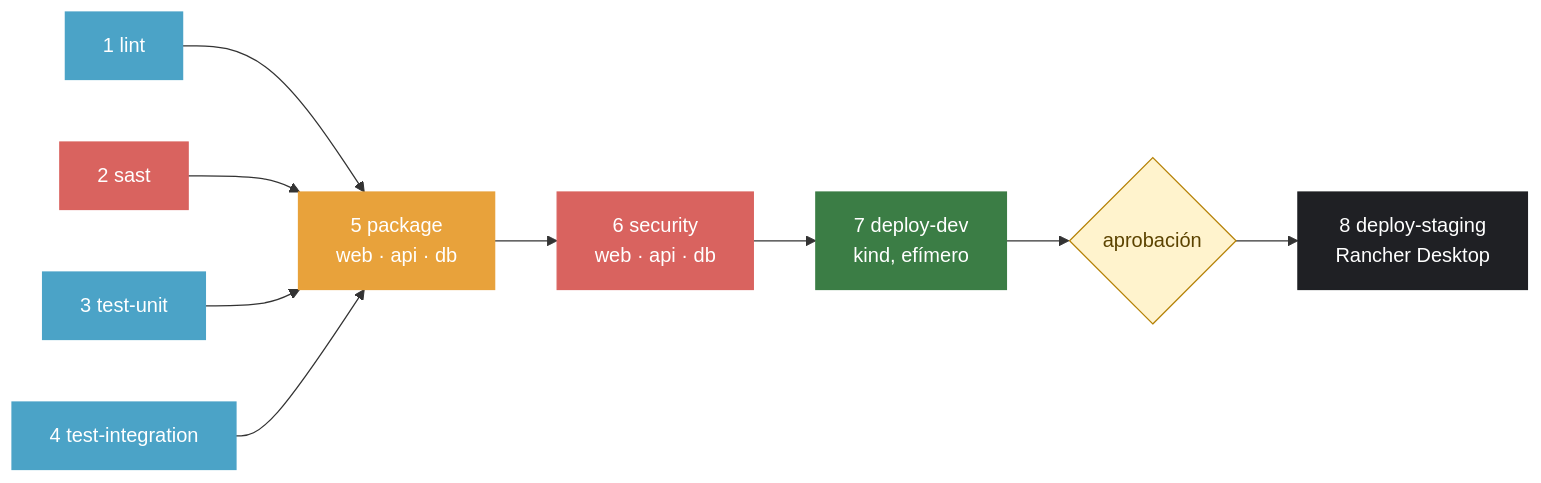
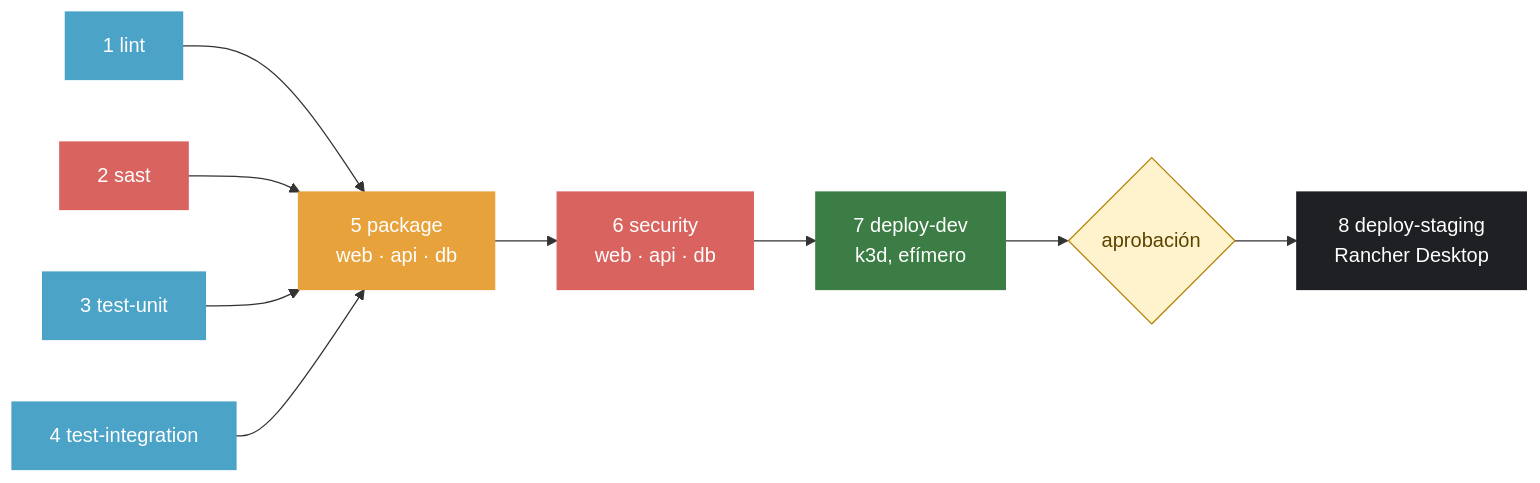
The diagram in README.md (Jesusro-del/demo-cicd), drawn with Mermaid before and after one commit. The commit also changed other lines of this file and 1 other file, not shown here.

Commit message:
B6, segunda ronda: k3d en DEV, caché de capas en Compose, checkout parcial
- deploy-dev: k3d v5.9.0 (binario con checksum) y k3s v1.36.4, la misma
  versión que Rancher Desktop; sin balanceador, traefik ni metrics-server.
- test-integration: las imágenes se construyen con bake reusando la caché
  de capas de package (solo lectura) y compose las levanta sin construir.
- deploy-staging: checkout solo de k8s/ y scripts/ en el runner de Windows.

````diff
--- a/README.md
+++ b/README.md
@@ -11,17 +11,17 @@
 ```mermaid
 flowchart LR
     L["1 lint"] --> P["5 package<br/>web · api · db"]
     S["2 sast"] --> P
     TU["3 test-unit"] --> P
     TI["4 test-integration"] --> P
-    P --> SEC["6 security<br/>web · api · db"] --> DEV["7 deploy-dev<br/>kind, efímero"] --> AP{"aprobación"} --> STG["8 deploy-staging<br/>Rancher Desktop"]
+    P --> SEC["6 security<br/>web · api · db"] --> DEV["7 deploy-dev<br/>k3d, efímero"] --> AP{"aprobación"} --> STG["8 deploy-staging<br/>Rancher Desktop"]
     style L fill:#4ba3c7,stroke:#4ba3c7,color:#fff
     style S fill:#d9635f,stroke:#d9635f,color:#fff
     style TU fill:#4ba3c7,stroke:#4ba3c7,color:#fff
     style TI fill:#4ba3c7,stroke:#4ba3c7,color:#fff
     style P fill:#e8a23b,stroke:#e8a23b,color:#fff
     style SEC fill:#d9635f,stroke:#d9635f,color:#fff
     style DEV fill:#3b7d45,stroke:#3b7d45,color:#fff
     style AP fill:#fff3cd,stroke:#b58105,color:#5c4300
     style STG fill:#1f2024,stroke:#1f2024,color:#fff
 ```
````
